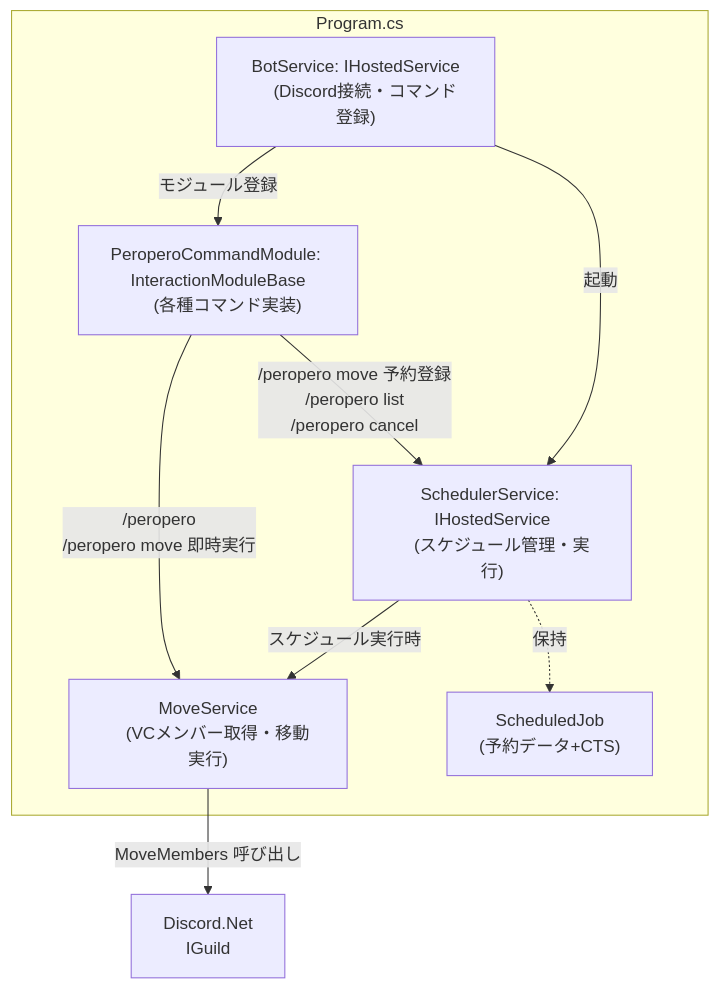
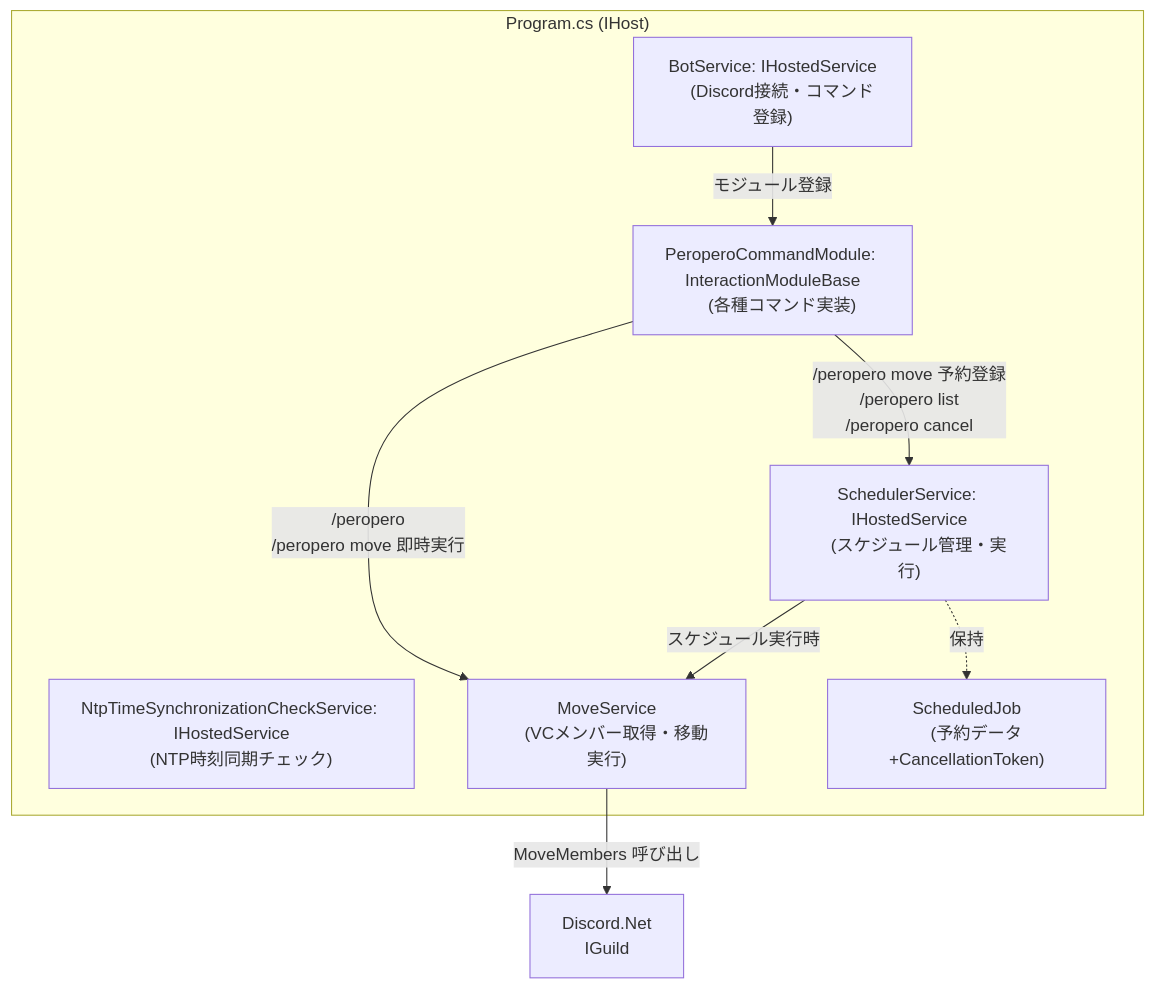
Before and after one commit to TanaUmbreon/AssistantUmbreon: the diagram in Docs/design.md, drawn with Mermaid. The commit also changed other lines of this file and 4 other files, not shown here.

````diff
--- a/Docs/design.md
+++ b/Docs/design.md
@@ -17,34 +19,36 @@
 ```mermaid
 graph TD
-  subgraph Host["Program.cs"]
+  subgraph Host["Program.cs (IHost)"]
     BS["BotService: IHostedService
     (Discord接続・コマンド登録)"]
+
+    NS["NtpTimeSynchronizationCheckService: IHostedService
+    (NTP時刻同期チェック)"]
 
     CM["PeroperoCommandModule: InteractionModuleBase
     (各種コマンド実装)"]
 
     MS["MoveService
     (VCメンバー取得・移動実行)"]
 
     SS["SchedulerService: IHostedService
     (スケジュール管理・実行)"]
 
     SJ["ScheduledJob
-    (予約データ+CTS)"]
+    (予約データ+CancellationToken)"]
   end
 
   BS -->|"モジュール登録"| CM
-  BS -->|"起動"| SS
 
   CM -->|"/peropero
   /peropero move 即時実行"| MS
   CM -->|"/peropero move 予約登録
   /peropero list
   /peropero cancel"| SS
 
   SS -->|"スケジュール実行時"| MS
   SS -. "保持" .-> SJ
 
   MS -->|"MoveMembers 呼び出し"| DA["Discord.Net
   IGuild"]
 ```
````
